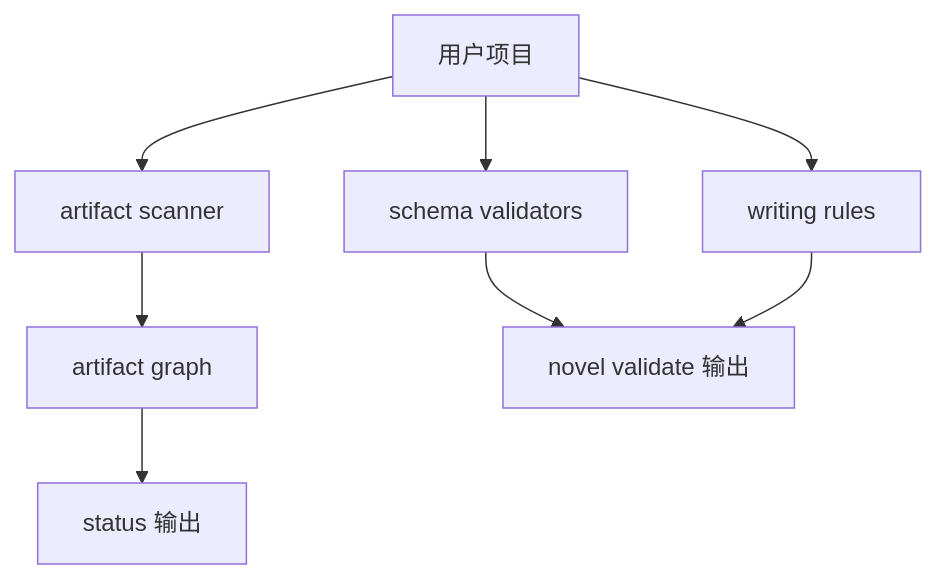
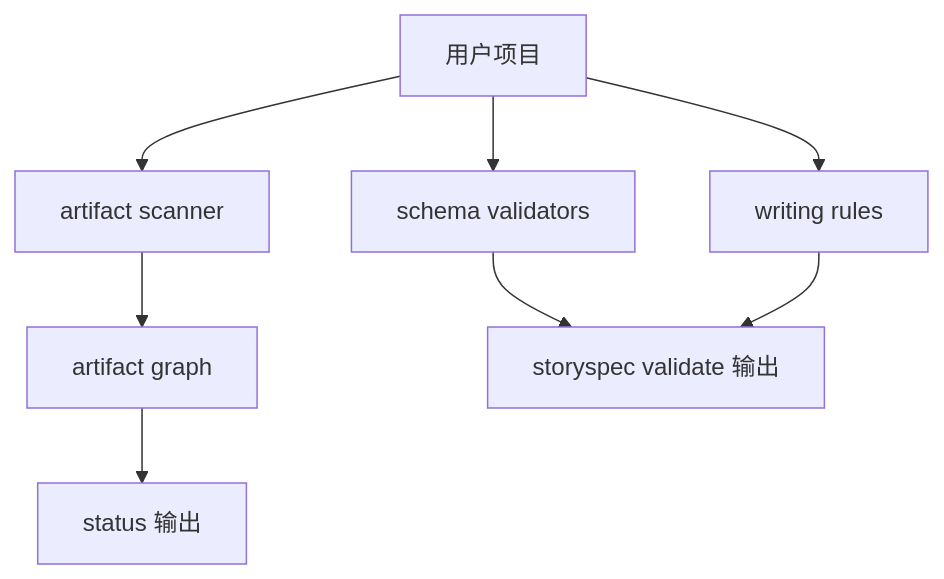
One commit to WENZIZZHENG/story-spec changed the fourth of 5 diagrams in docs/tech/architecture.md. Above: the diagram before and after it, drawn with Mermaid. The commit also changed other lines of this file and 152 other files, not shown here.

````diff
--- a/docs/tech/architecture.md
+++ b/docs/tech/architecture.md
@@ -87,10 +87,10 @@
 ```mermaid
 flowchart TB
   Project["用户项目"] --> Scanner["artifact scanner"]
   Scanner --> Graph["artifact graph"]
   Project --> Schema["schema validators"]
   Project --> Rules["writing rules"]
   Graph --> Status["status 输出"]
-  Schema --> Validate["novel validate 输出"]
+  Schema --> Validate["storyspec validate 输出"]
   Rules --> Validate
 ```
````
